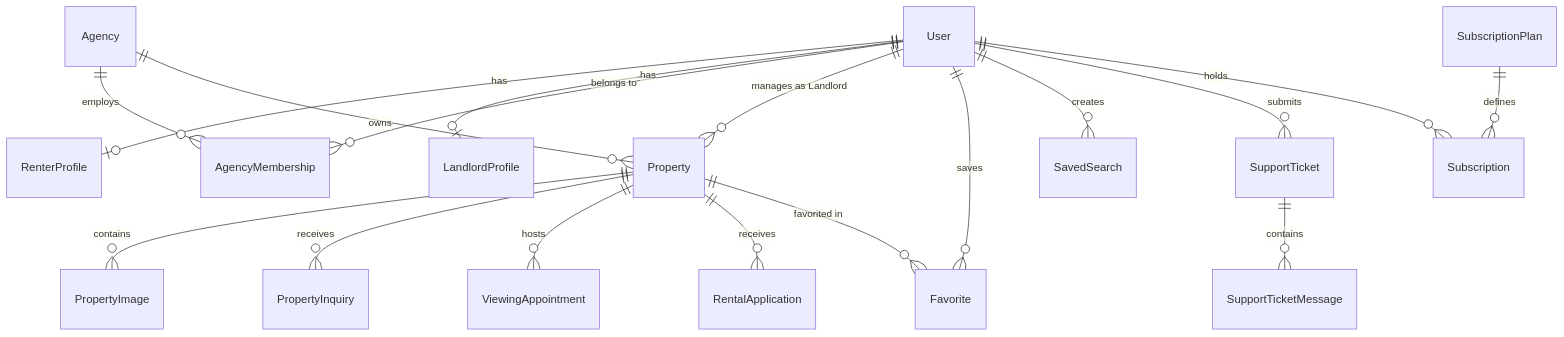
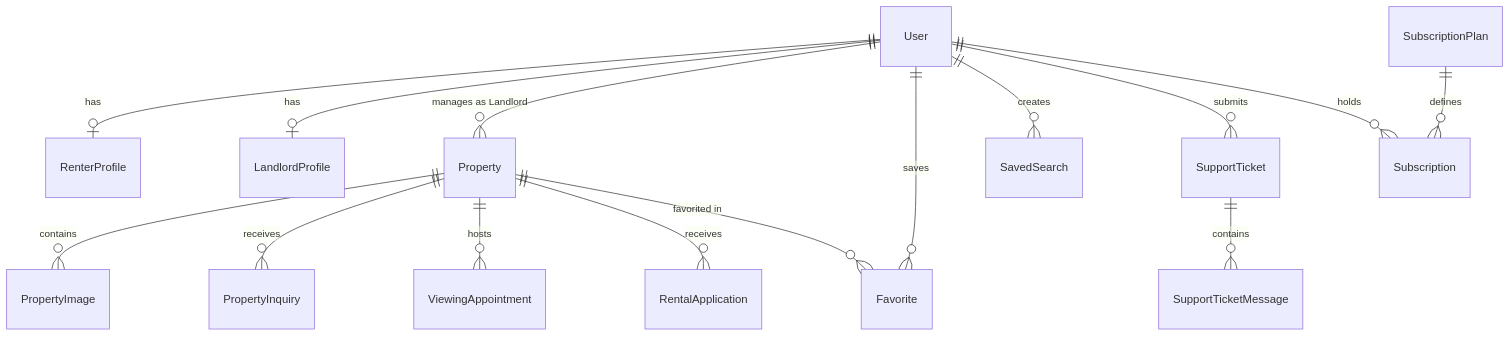
Before and after one commit to kefta19/ETrental-system: the diagram in ETrental_Functional_NonFunctional_Requirements.md, drawn with Mermaid. The commit also changed other lines of this file and 194 other files, not shown here.

````diff
--- a/ETrental_Functional_NonFunctional_Requirements.md
+++ b/ETrental_Functional_NonFunctional_Requirements.md
@@ -134,20 +122,17 @@
 ```mermaid
 erDiagram
     User ||--o| RenterProfile : "has"
     User ||--o| LandlordProfile : "has"
-    User ||--o{ AgencyMembership : "belongs to"
-    Agency ||--o{ AgencyMembership : "employs"
-    Agency ||--o{ Property : "owns"
     User ||--o{ Property : "manages as Landlord"
     Property ||--o{ PropertyImage : "contains"
     Property ||--o{ PropertyInquiry : "receives"
     Property ||--o{ ViewingAppointment : "hosts"
     Property ||--o{ RentalApplication : "receives"
     Property ||--o{ Favorite : "favorited in"
     User ||--o{ Favorite : "saves"
     User ||--o{ SavedSearch : "creates"
     User ||--o{ SupportTicket : "submits"
     SupportTicket ||--o{ SupportTicketMessage : "contains"
     User ||--o{ Subscription : "holds"
     SubscriptionPlan ||--o{ Subscription : "defines"
 ```
````
